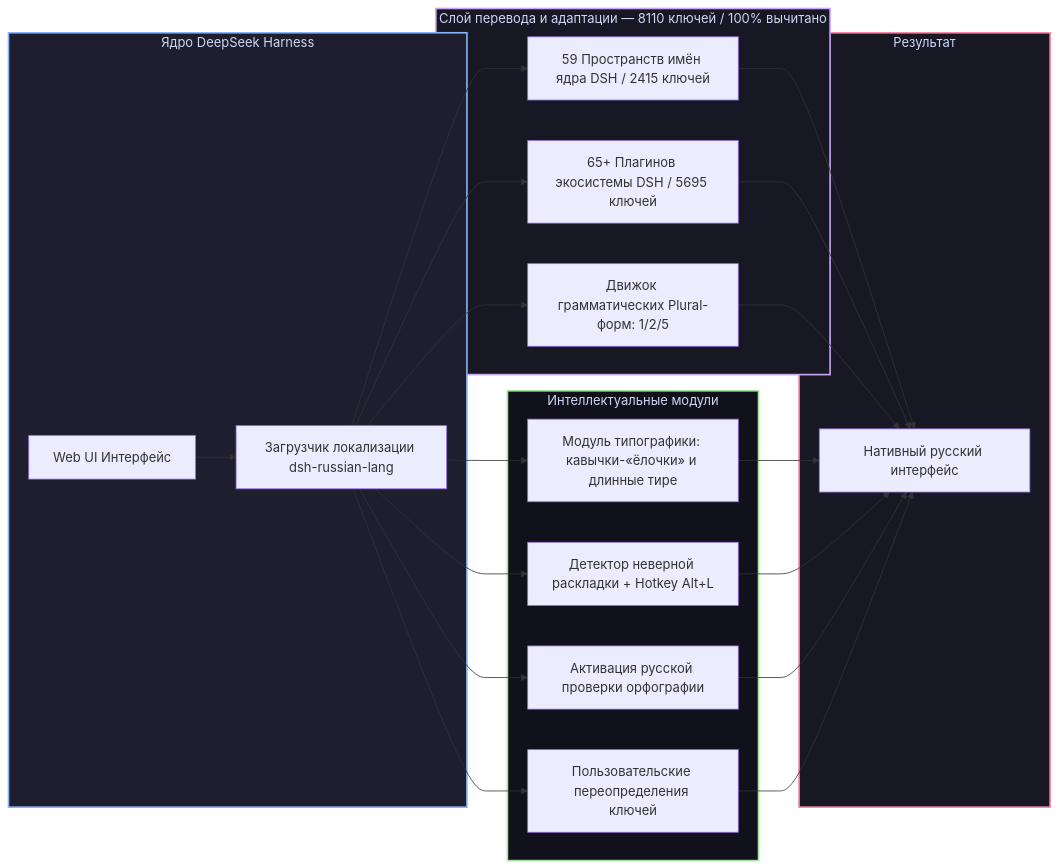
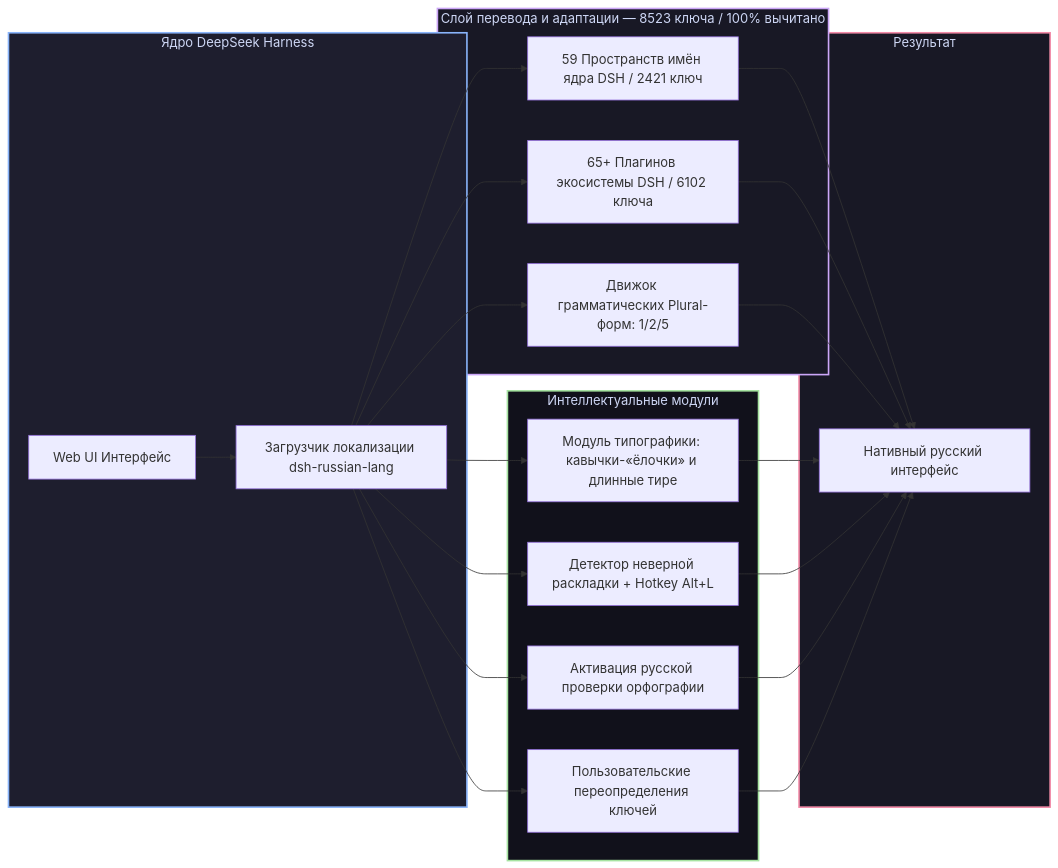
The diagram in README.md (GooDAnDReaDY/dsh-russian-lang), drawn with Mermaid before and after one commit. The commit also changed other lines of this file and 18 other files, not shown here.

````diff
--- a/README.md
+++ b/README.md
@@ -49,34 +49,34 @@
 ```mermaid
 graph LR
     subgraph DSHCore [Ядро DeepSeek Harness]
         DSH[Web UI Интерфейс] --> Loader[Загрузчик локализации dsh-russian-lang]
     end
 
-    subgraph TranslationLayer [Слой перевода и адаптации — 8110 ключей / 100% вычитано]
-        Loader --> CoreDict[59 Пространств имён ядра DSH / 2415 ключей]
-        Loader --> PluginDict[65+ Плагинов экосистемы DSH / 5695 ключей]
+    subgraph TranslationLayer [Слой перевода и адаптации — 8523 ключа / 100% вычитано]
+        Loader --> CoreDict[59 Пространств имён ядра DSH / 2421 ключ]
+        Loader --> PluginDict[65+ Плагинов экосистемы DSH / 6102 ключа]
         Loader --> PluralEngine[Движок грамматических Plural-форм: 1/2/5]
     end
 
     subgraph SmartFeatures [Интеллектуальные модули]
         Loader --> Typo[Модуль типографики: кавычки-«ёлочки» и длинные тире]
         Loader --> LayoutFix[Детектор неверной раскладки + Hotkey Alt+L]
         Loader --> Spell[Активация русской проверки орфографии]
         Loader --> Overrides[Пользовательские переопределения ключей]
     end
 
     subgraph Result [Результат]
         CoreDict --> NativeUI[Нативный русский интерфейс]
         PluginDict --> NativeUI
         PluralEngine --> NativeUI
         Typo --> NativeUI
         LayoutFix --> NativeUI
         Spell --> NativeUI
         Overrides --> NativeUI
     end
 
     style DSHCore fill:#1e1e2e,stroke:#89b4fa,stroke-width:2px,color:#cdd6f4
     style TranslationLayer fill:#181825,stroke:#cba6f7,stroke-width:2px,color:#cdd6f4
     style SmartFeatures fill:#11111b,stroke:#a6e3a1,stroke-width:2px,color:#cdd6f4
     style Result fill:#181825,stroke:#f38ba8,stroke-width:2px,color:#cdd6f4
 ```
````
